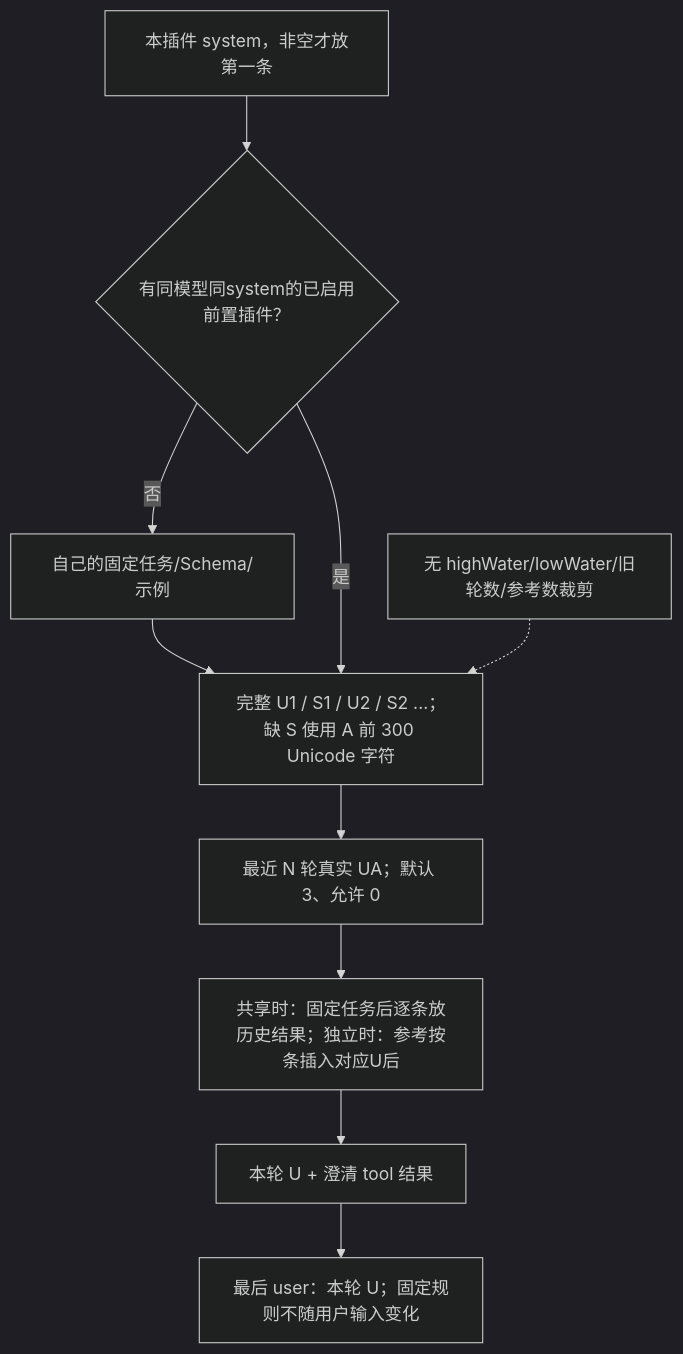
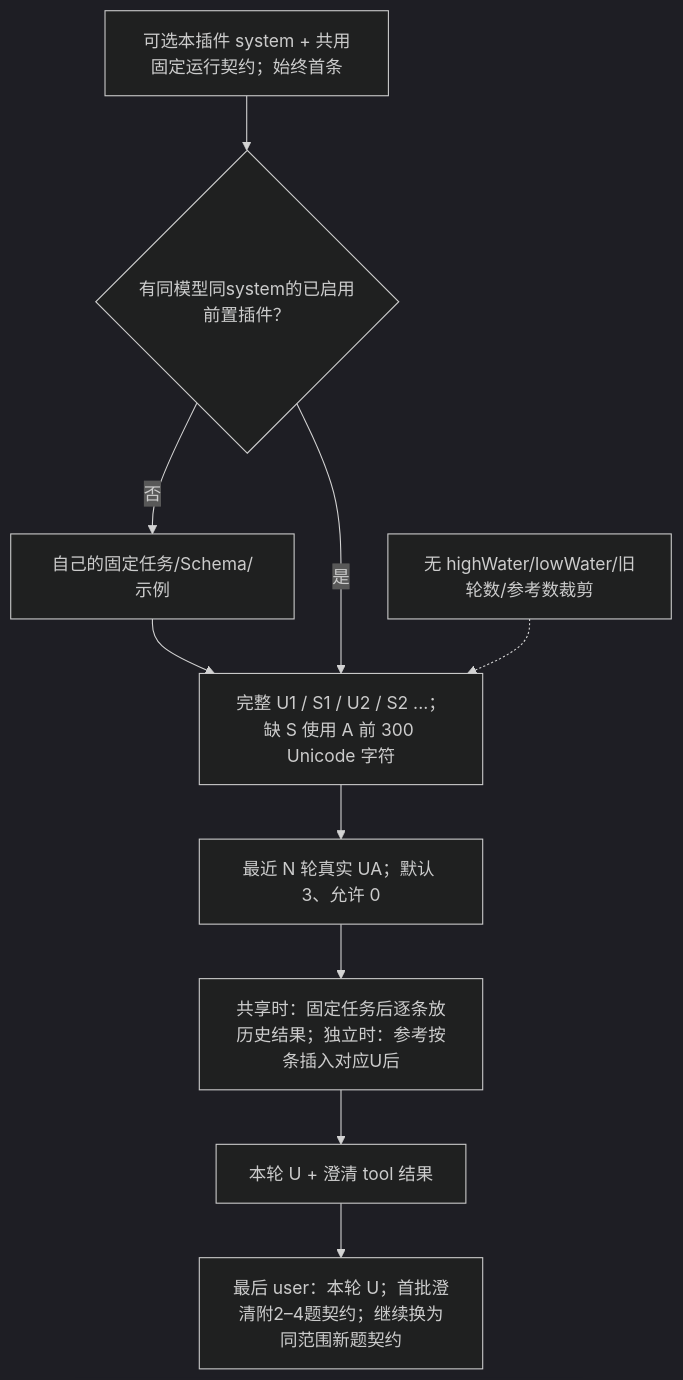
The first of 2 diagrams in docs/PLUGIN_CONTEXT.md (ccawmiku/workers-chat), drawn with Mermaid (dark theme) before and after one commit. The commit also changed other lines of this file and 29 other files, not shown here.

````diff
--- a/docs/PLUGIN_CONTEXT.md
+++ b/docs/PLUGIN_CONTEXT.md
@@ -16,12 +16,12 @@
 ```mermaid
 flowchart TD
-    S[本插件 system，非空才放第一条] --> Peer{有同模型同system的已启用前置插件？}
+    S[可选本插件 system + 共用固定运行契约；始终首条] --> Peer{有同模型同system的已启用前置插件？}
     Peer -->|否| Fixed[自己的固定任务/Schema/示例]
     Fixed --> H[完整 U1 / S1 / U2 / S2 ...；缺 S 使用 A 前 300 Unicode 字符]
     Peer -->|是| H
     H --> Raw[最近 N 轮真实 UA；默认 3、允许 0]
     Raw --> R[共享时：固定任务后逐条放历史结果；独立时：参考按条插入对应U后]
     R --> C[本轮 U + 澄清 tool 结果]
-    C --> T[最后 user：本轮 U；固定规则不随用户输入变化]
+    C --> T[最后 user：本轮 U；首批澄清附2–4题契约；继续换为同范围新题契约]
     W[无 highWater/lowWater/旧轮数/参考数裁剪] -.-> H
 ```
````
